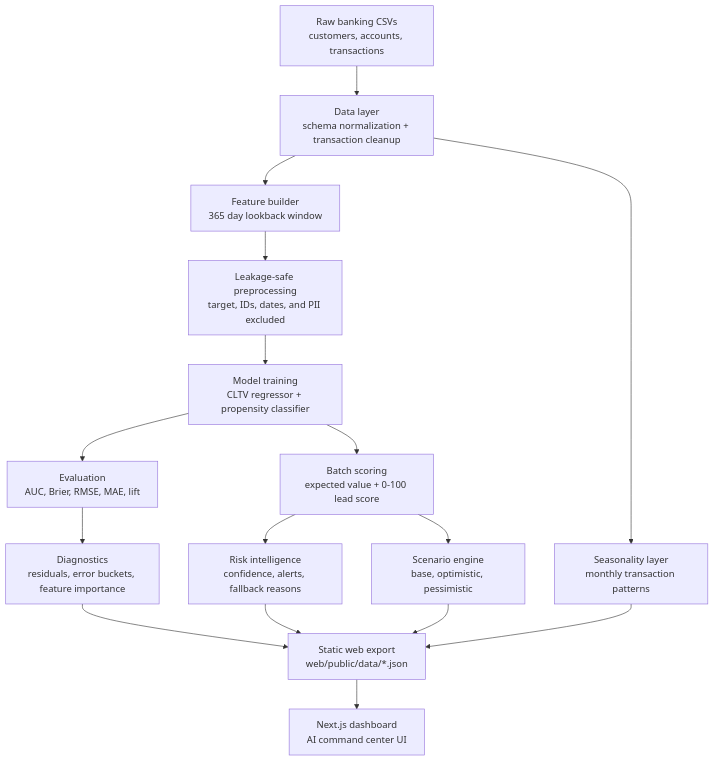
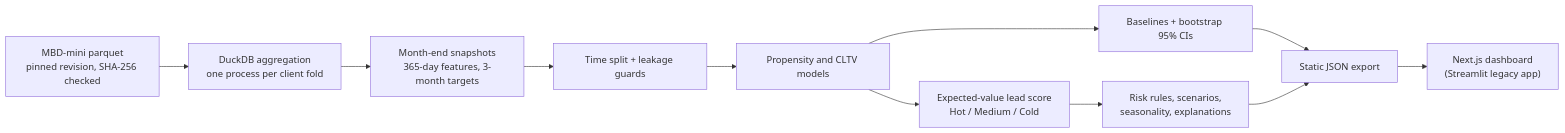
One commit to imayankss/bank_lead_scoring changed the diagram in README.md. Above: the diagram before and after it, drawn with Mermaid. The commit also changed other lines of this file and 12 other files, not shown here.

````diff
--- a/README.md
+++ b/README.md
@@ -35,18 +66,13 @@
 ```mermaid
-flowchart TD
-    A["Raw banking CSVs<br/>customers, accounts, transactions"] --> B["Data layer<br/>schema normalization + transaction cleanup"]
-    B --> C["Feature builder<br/>365 day lookback window"]
-    C --> D["Leakage-safe preprocessing<br/>target, IDs, dates, and PII excluded"]
-    D --> E["Model training<br/>CLTV regressor + propensity classifier"]
-    E --> F["Evaluation<br/>AUC, Brier, RMSE, MAE, lift"]
-    E --> G["Batch scoring<br/>expected value + 0-100 lead score"]
-    F --> H["Diagnostics<br/>residuals, error buckets, feature importance"]
-    G --> I["Risk intelligence<br/>confidence, alerts, fallback reasons"]
-    G --> J["Scenario engine<br/>base, optimistic, pessimistic"]
-    B --> K["Seasonality layer<br/>monthly transaction patterns"]
-    H --> L["Static web export<br/>web/public/data/*.json"]
-    I --> L
-    J --> L
-    K --> L
-    L --> M["Next.js dashboard<br/>AI command center UI"]
+flowchart LR
+    A["MBD-mini parquet<br/>pinned revision, SHA-256 checked"] --> B["DuckDB aggregation<br/>one process per client fold"]
+    B --> C["Month-end snapshots<br/>365-day features, 3-month targets"]
+    C --> D["Time split + leakage guards"]
+    D --> E["Propensity and CLTV models"]
+    E --> F["Baselines + bootstrap 95% CIs"]
+    E --> G["Expected-value lead score<br/>Hot / Medium / Cold"]
+    G --> H["Risk rules, scenarios,<br/>seasonality, explanations"]
+    F --> I["Static JSON export"]
+    H --> I
+    I --> J["Next.js dashboard<br/>(Streamlit legacy app)"]
 ```
````
